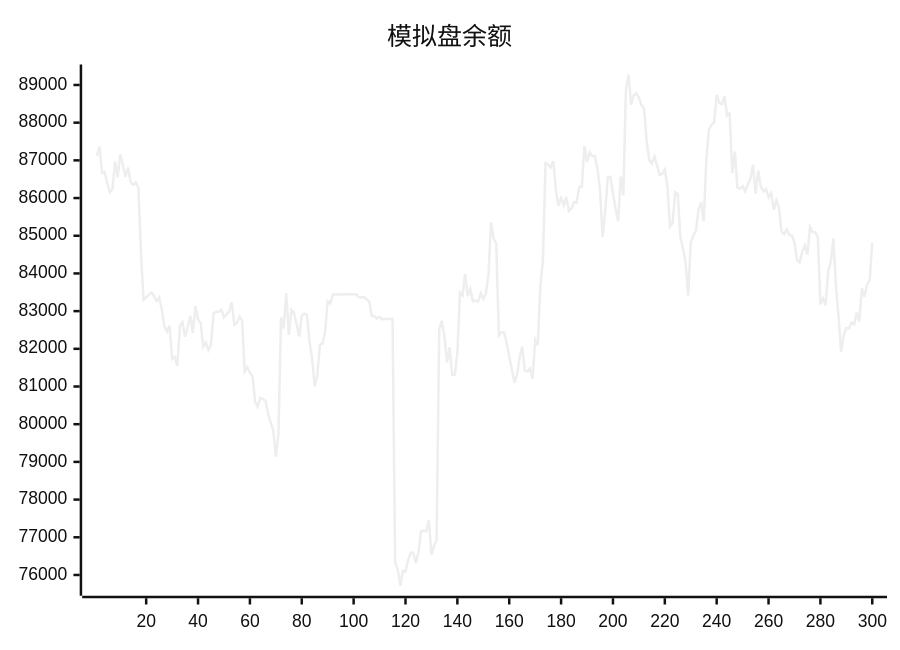
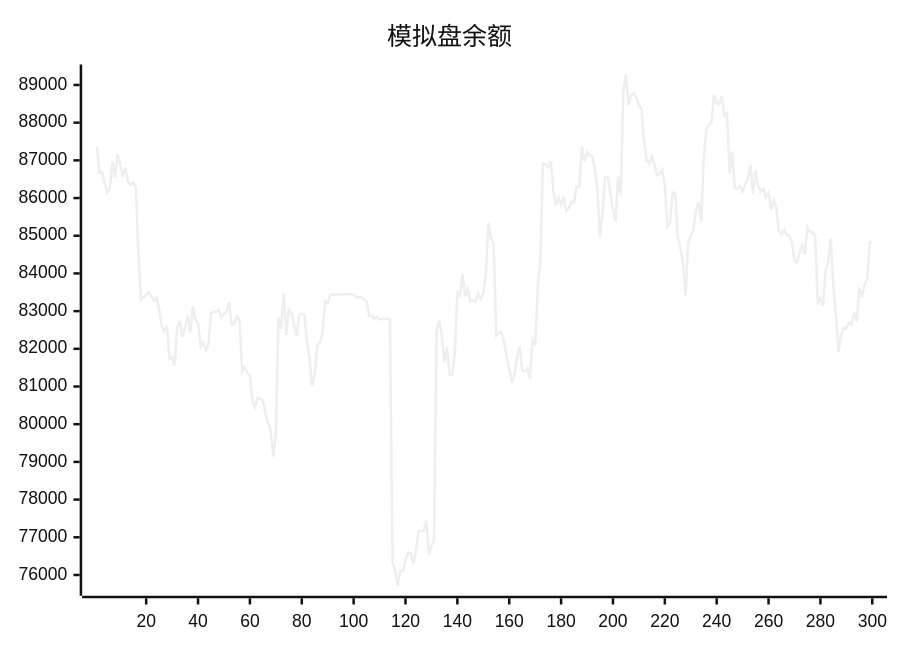
Before and after one commit to aahl/ai-trading: the diagram in README.md, drawn with Mermaid (neutral theme). The commit also changed other lines of this file and 1 other file, not shown here.

````diff
--- a/README.md
+++ b/README.md
@@ -5,5 +5,5 @@
 ```mermaid
 xychart
     title "模拟盘余额"
-    line [87115,87369,86666,86685,86384,86152,86243,86969,86548,87164,86885,86566,86809,86427,86348,86417,86273,84538,83299,83369,83430,83490,83404,83270,83362,83056,82605,82459,82614,81734,81788,81551,82598,82702,82320,82580,82878,82426,83139,82778,82686,82056,82166,81963,82110,82951,82983,82984,83038,82838,82915,82998,83235,82642,82682,82858,82746,81396,81512,81362,81277,80600,80461,80699,80673,80616,80288,80038,79836,79142,79722,82837,82533,83480,82366,83032,82960,82654,82330,82883,82934,82901,82188,81728,81005,81298,82110,82135,82449,83264,83203,83440,83439,83440,83440,83446,83447,83448,83447,83448,83449,83369,83369,83369,83313,83256,82872,82873,82801,82844,82785,82791,82791,82793,82794,76339,76145,75714,76110,76096,76397,76594,76585,76310,76607,77160,77170,77160,77456,76541,76774,76927,82520,82744,82337,81639,82040,81307,81314,81887,83490,83414,83984,83396,83594,83261,83287,83253,83470,83327,83465,83987,85348,84930,84786,82355,82433,82438,82167,81795,81466,81105,81315,81756,82064,81426,81398,81481,81210,82242,82099,83658,84359,86925,86892,86814,86980,86203,85802,86003,85811,86028,85657,85721,85896,85880,86300,86299,87378,86965,87214,87115,87118,86780,86238,84966,85623,86555,86562,86129,85722,85387,86569,86070,88870,89278,88477,88720,88781,88668,88467,88372,87493,87018,86917,87102,86870,86613,86644,86758,86317,85242,85334,86149,86106,84968,84671,84302,83410,84816,85001,85127,85693,85891,85384,87001,87811,87945,88007,88734,88528,88495,88705,88189,88248,86662,87234,86279,86251,86314,86177,86364,86503,86886,86114,86731,86310,86176,86240,86017,86136,85685,85938,85749,85111,85044,85164,85016,85008,84824,84354,84287,84572,84745,84500,85234,85096,85095,84970,83180,83338,83157,84070,84309,84922,83667,82850,81924,82369,82552,82539,82695,82648,82962,82728,83619,83378,83710,83825,84819]
+    line [87369,86666,86685,86384,86152,86243,86969,86548,87164,86885,86566,86809,86427,86348,86417,86273,84538,83299,83369,83430,83490,83404,83270,83362,83056,82605,82459,82614,81734,81788,81551,82598,82702,82320,82580,82878,82426,83139,82778,82686,82056,82166,81963,82110,82951,82983,82984,83038,82838,82915,82998,83235,82642,82682,82858,82746,81396,81512,81362,81277,80600,80461,80699,80673,80616,80288,80038,79836,79142,79722,82837,82533,83480,82366,83032,82960,82654,82330,82883,82934,82901,82188,81728,81005,81298,82110,82135,82449,83264,83203,83440,83439,83440,83440,83446,83447,83448,83447,83448,83449,83369,83369,83369,83313,83256,82872,82873,82801,82844,82785,82791,82791,82793,82794,76339,76145,75714,76110,76096,76397,76594,76585,76310,76607,77160,77170,77160,77456,76541,76774,76927,82520,82744,82337,81639,82040,81307,81314,81887,83490,83414,83984,83396,83594,83261,83287,83253,83470,83327,83465,83987,85348,84930,84786,82355,82433,82438,82167,81795,81466,81105,81315,81756,82064,81426,81398,81481,81210,82242,82099,83658,84359,86925,86892,86814,86980,86203,85802,86003,85811,86028,85657,85721,85896,85880,86300,86299,87378,86965,87214,87115,87118,86780,86238,84966,85623,86555,86562,86129,85722,85387,86569,86070,88870,89278,88477,88720,88781,88668,88467,88372,87493,87018,86917,87102,86870,86613,86644,86758,86317,85242,85334,86149,86106,84968,84671,84302,83410,84816,85001,85127,85693,85891,85384,87001,87811,87945,88007,88734,88528,88495,88705,88189,88248,86662,87234,86279,86251,86314,86177,86364,86503,86886,86114,86731,86310,86176,86240,86017,86136,85685,85938,85749,85111,85044,85164,85016,85008,84824,84354,84287,84572,84745,84500,85234,85096,85095,84970,83180,83338,83157,84070,84309,84922,83667,82850,81924,82369,82552,82539,82695,82648,82962,82728,83619,83378,83710,83825,84819,84854]
 ```
````
